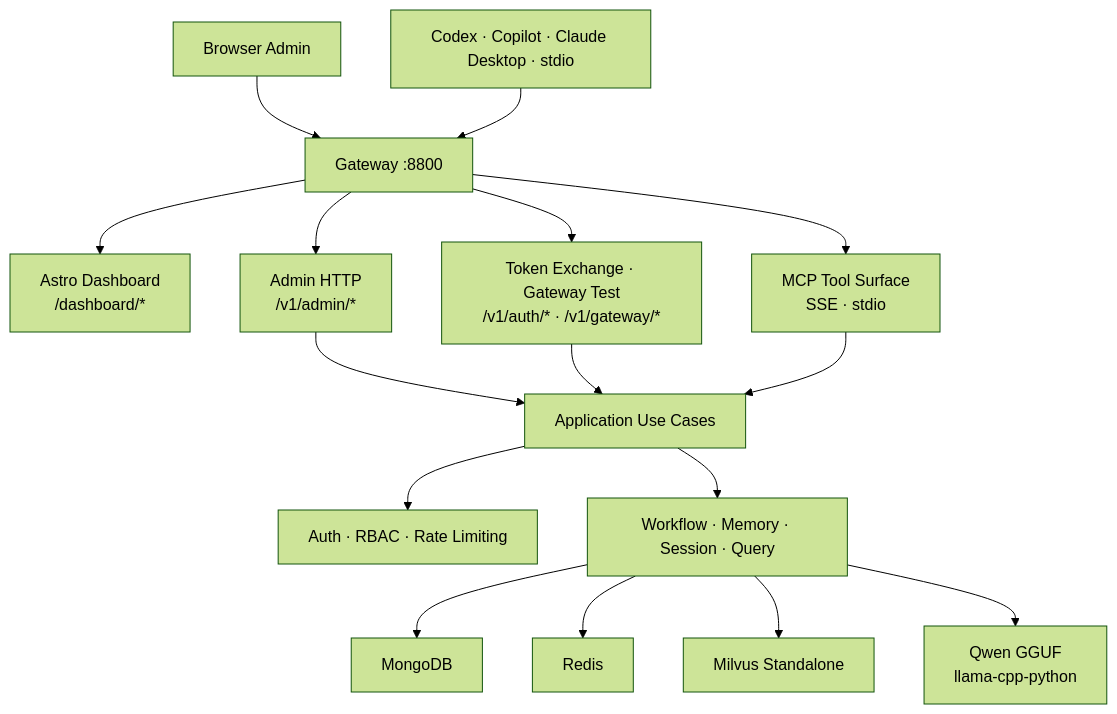
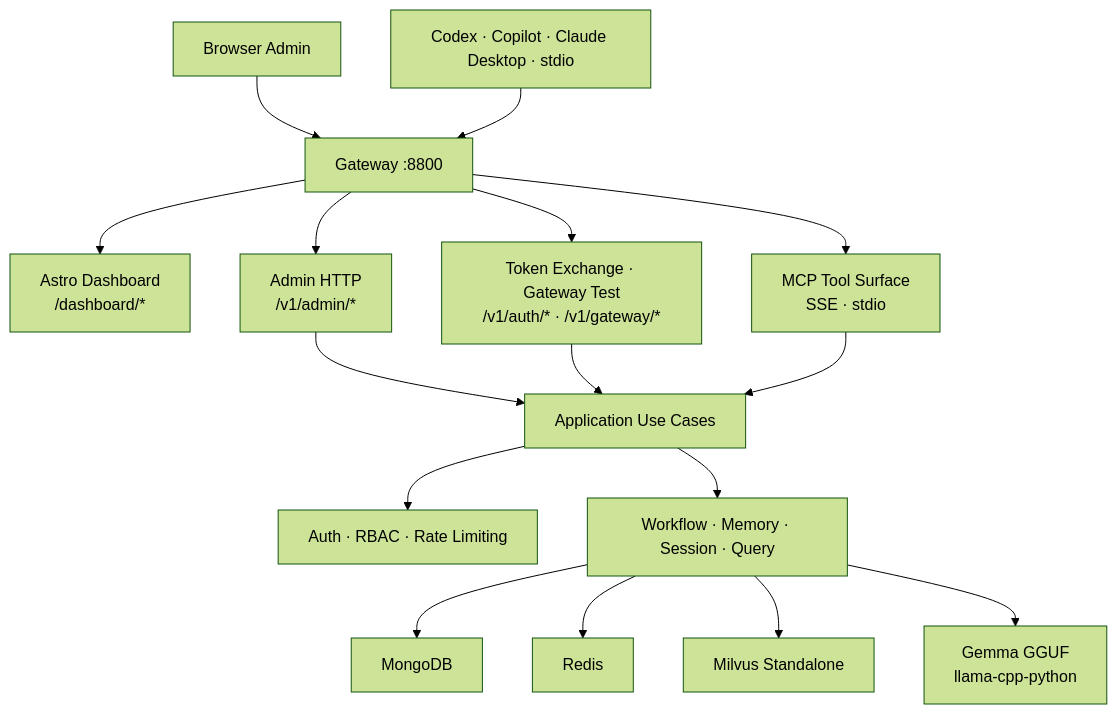
Before and after one commit to hiimtrung/minder: the diagram in README.md, drawn with Mermaid (forest theme). The commit also changed 39 other files, not shown here.

````diff
--- a/README.md
+++ b/README.md
@@ -23,20 +23,20 @@
 ```mermaid
 flowchart TB
     Browser["Browser Admin"] --> Gateway["Gateway :8800"]
     MCP["Codex · Copilot · Claude Desktop · stdio"] --> Gateway
 
     Gateway --> Dashboard["Astro Dashboard\n/dashboard/*"]
     Gateway --> AdminAPI["Admin HTTP\n/v1/admin/*"]
     Gateway --> AuthAPI["Token Exchange · Gateway Test\n/v1/auth/* · /v1/gateway/*"]
     Gateway --> MCPTools["MCP Tool Surface\nSSE · stdio"]
 
     AdminAPI & AuthAPI & MCPTools --> UseCases["Application Use Cases"]
 
     UseCases --> Auth["Auth · RBAC · Rate Limiting"]
     UseCases --> Services["Workflow · Memory · Session · Query"]
 
     Services --> Mongo["MongoDB"]
     Services --> Redis["Redis"]
     Services --> Milvus["Milvus Standalone"]
-    Services --> LLM["Qwen GGUF\nllama-cpp-python"]
+    Services --> LLM["Gemma GGUF\nllama-cpp-python"]
 ```
````
